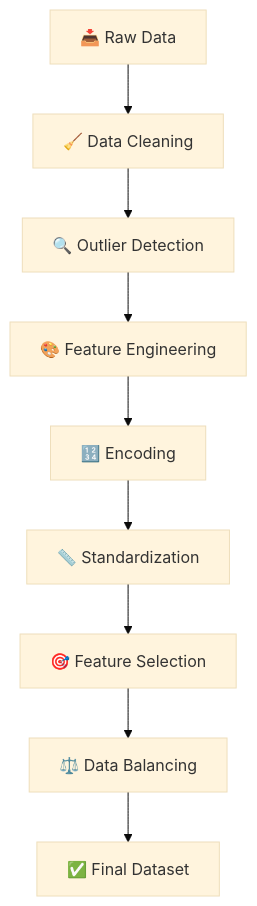
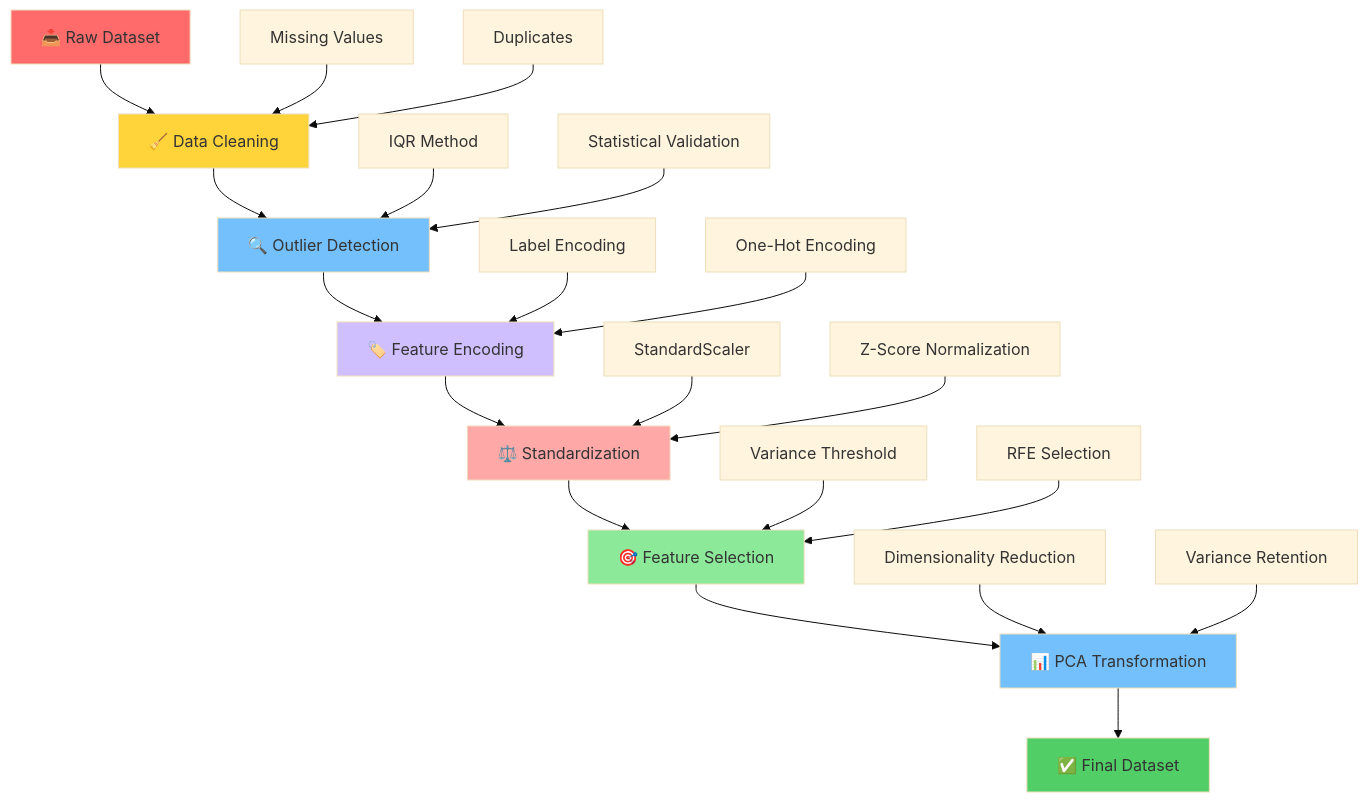
Before and after one commit to Sasindu003/Digital-mental-health-lm: the second of 3 diagrams in README.md, drawn with Mermaid (base theme). The commit also changed other lines of this file, not shown here.

````diff
--- a/README.md
+++ b/README.md
@@ -125,11 +96,37 @@
 ```mermaid
-graph TD
-    A[📥 Raw Data] --> B[🧹 Data Cleaning]
+flowchart TD
+    A[📥 Raw Dataset] --> B[🧹 Data Cleaning]
     B --> C[🔍 Outlier Detection]
-    C --> D[🎨 Feature Engineering]
-    D --> E[🔢 Encoding]
-    E --> F[📏 Standardization]
-    F --> G[🎯 Feature Selection]
-    G --> H[⚖️ Data Balancing]
-    H --> I[✅ Final Dataset]
+    C --> D[🏷️ Feature Encoding]
+    D --> E[⚖️ Standardization]
+    E --> F[🎯 Feature Selection]
+    F --> G[📊 PCA Transformation]
+    G --> H[✅ Final Dataset]
+    
+    B1[Missing Values] --> B
+    B2[Duplicates] --> B
+    
+    C1[IQR Method] --> C
+    C2[Statistical Validation] --> C
+    
+    D1[Label Encoding] --> D
+    D2[One-Hot Encoding] --> D
+    
+    E1[StandardScaler] --> E
+    E2[Z-Score Normalization] --> E
+    
+    F1[Variance Threshold] --> F
+    F2[RFE Selection] --> F
+    
+    G1[Dimensionality Reduction] --> G
+    G2[Variance Retention] --> G
+    
+    style A fill:#ff6b6b
+    style H fill:#51cf66
+    style B fill:#ffd43b
+    style C fill:#74c0fc
+    style D fill:#d0bfff
+    style E fill:#ffa8a8
+    style F fill:#8ce99a
+    style G fill:#74c0fc
 ```
````
